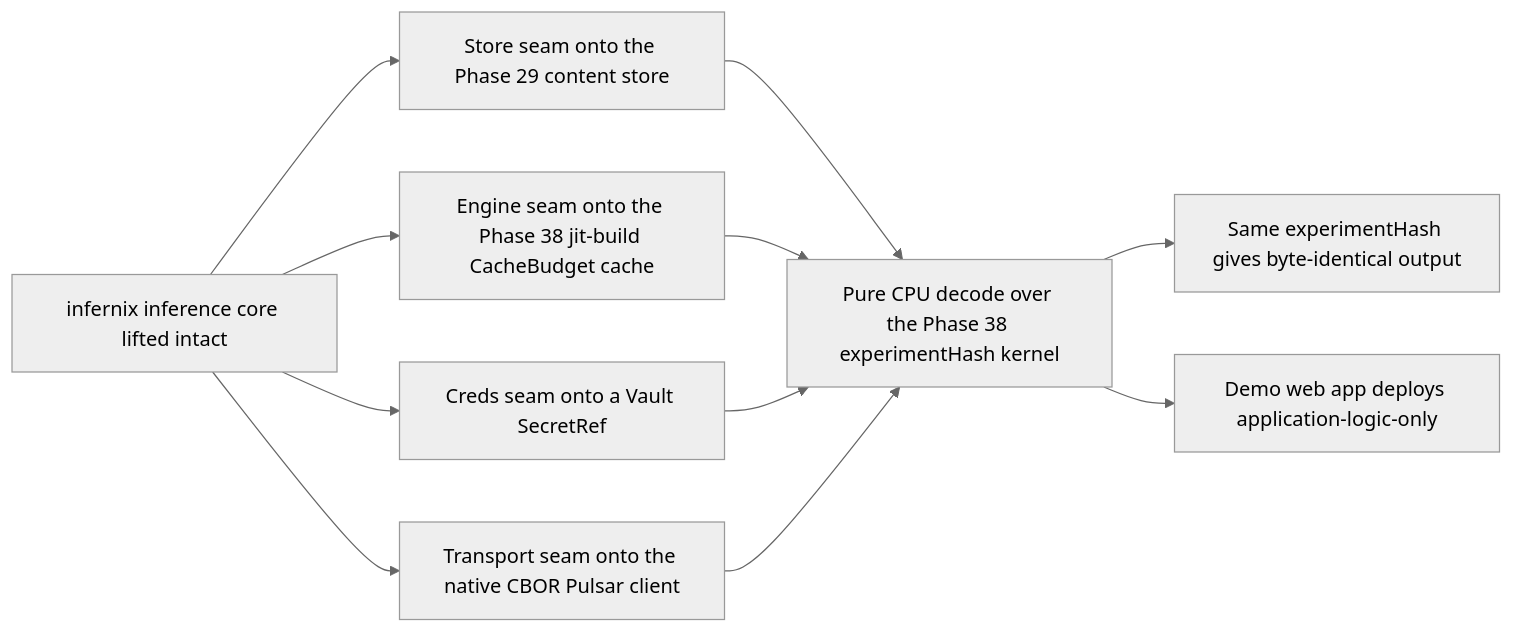
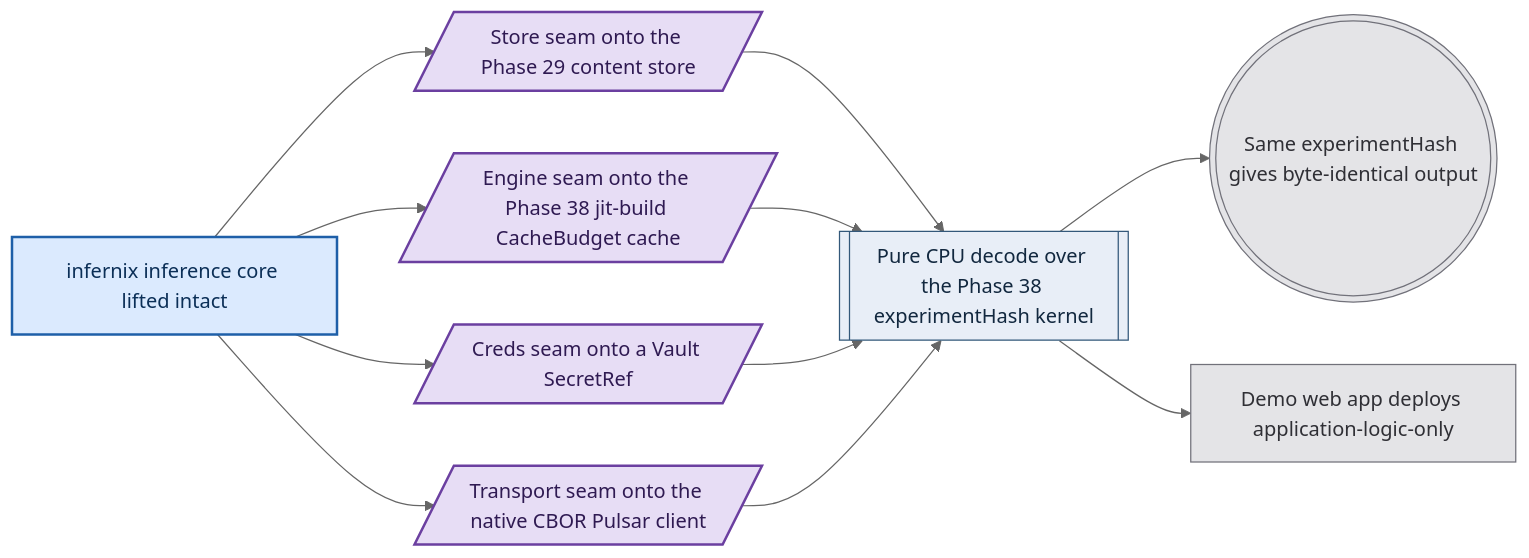
One commit to Tuee22/amoebius changed the diagram in DEVELOPMENT_PLAN/phase_39_infernix_lift.md. Above: the diagram before and after it, drawn with Mermaid (neutral theme). The commit also changed other lines of this file and 36 other files, not shown here.

````diff
--- a/DEVELOPMENT_PLAN/phase_39_infernix_lift.md
+++ b/DEVELOPMENT_PLAN/phase_39_infernix_lift.md
@@ -61,13 +63,17 @@
 ```mermaid
 flowchart LR
-  infernix[infernix inference core lifted intact] --> store[Store seam onto the Phase 29 content store]
-  infernix --> pulsar[Transport seam onto the native CBOR Pulsar client]
-  infernix --> vault[Creds seam onto a Vault SecretRef]
-  infernix --> engine[Engine seam onto the Phase 38 jit-build CacheBudget cache]
-  store --> decode[Pure CPU decode over the Phase 38 experimentHash kernel]
+  infernix["infernix inference core lifted intact"]:::provenPB --> store[/"Store seam onto the Phase 29 content store"/]:::effect
+  infernix --> pulsar[/"Transport seam onto the native CBOR Pulsar client"/]:::effect
+  infernix --> vault[/"Creds seam onto a Vault SecretRef"/]:::effect
+  infernix --> engine[/"Engine seam onto the Phase 38 jit-build CacheBudget cache"/]:::effect
+  store --> decode[["Pure CPU decode over the Phase 38 experimentHash kernel"]]:::intent
   engine --> decode
   vault --> decode
   pulsar --> decode
-  decode --> gate[Same experimentHash gives byte-identical output]
-  decode --> app[Demo web app deploys application-logic-only]
+  decode --> gate((("Same experimentHash gives byte-identical output"))):::runtime
+  decode --> app["Demo web app deploys application-logic-only"]:::runtime
+  classDef provenPB fill:#dbeafe,stroke:#1e5fa8,color:#0b2f57,stroke-width:2px
+  classDef effect   fill:#e7ddf5,stroke:#6b3fa0,color:#2f1a52,stroke-width:2px
+  classDef intent   fill:#e8eef7,stroke:#33587a,color:#12283f,stroke-width:1px
+  classDef runtime  fill:#e4e4e7,stroke:#71717a,color:#2f2f35,stroke-width:1px
 ```
````
